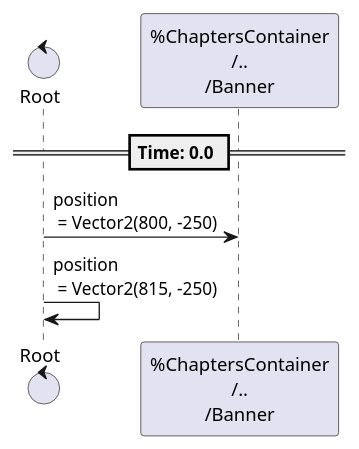
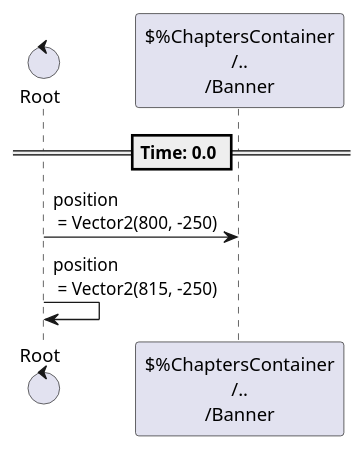
The second of 24 diagrams in content/scenes/src/beginning/chapters/chapters.tscn.adoc (tkmfujise/Platformer-Game-Learning), drawn with PlantUML before and after one commit. The commit also changed other lines of this file and 31 other files, not shown here.

Commit message:
Add prefix $ to node name in animation sequences

```diff
--- a/content/scenes/src/beginning/chapters/chapters.tscn.adoc
+++ b/content/scenes/src/beginning/chapters/chapters.tscn.adoc
@@ -315,13 +315,13 @@
 [plantuml]
 ....
-control "Root" as Root
-participant "%ChaptersContainer\n/..\n/Banner" as T0
+control "Root" as R
+participant "$%ChaptersContainer\n/..\n/Banner" as T0
 
 
 
 == Time: 0.0 ==
-Root  ->  T0 : position\n = Vector2(800, -250)
-Root  ->  Root : position\n = Vector2(815, -250)
+R  ->  T0 : position\n = Vector2(800, -250)
+R  ->  R : position\n = Vector2(815, -250)
 
 
 ....
```
